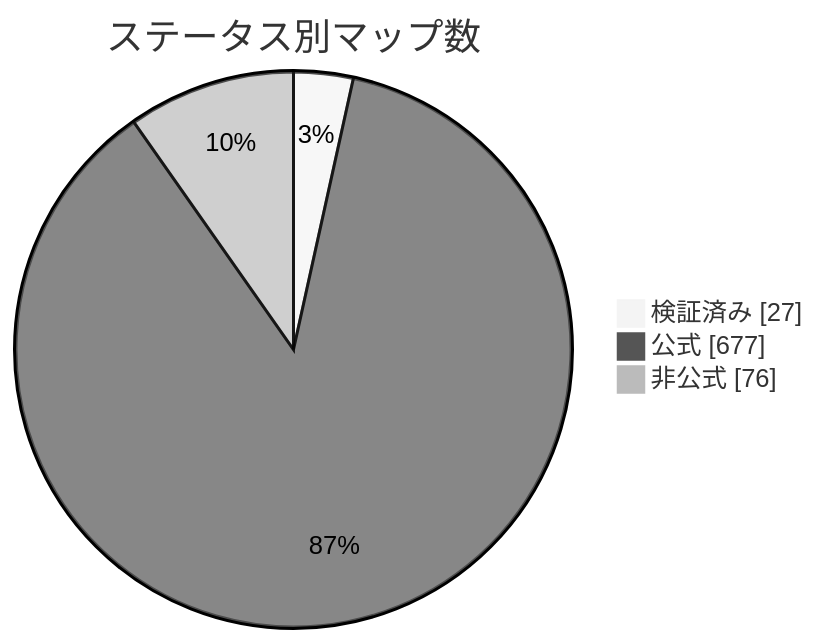
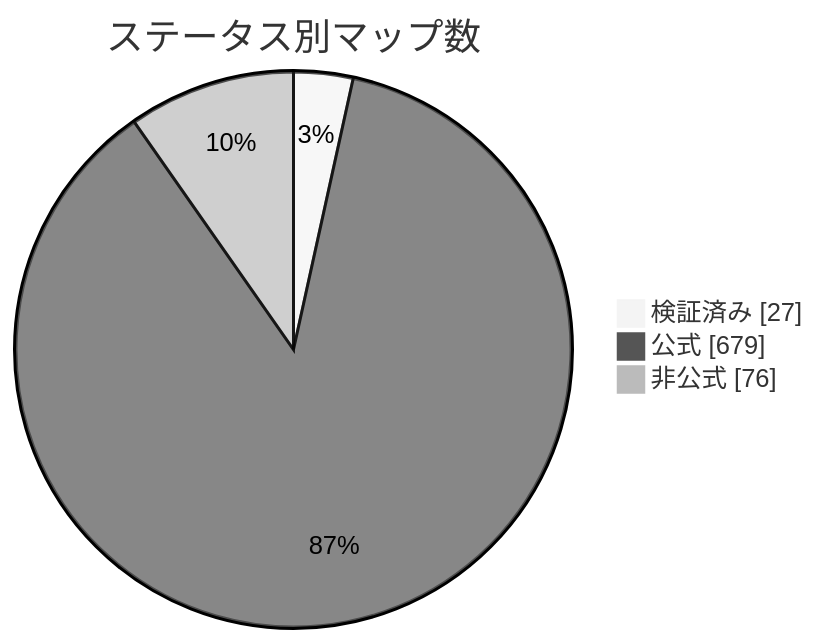
The diagram in docs/readme/README_JP.md (nobrega8/mbmap-library), drawn with Mermaid (neutral theme) before and after one commit. The commit also changed 7 other files, not shown here.

````diff
--- a/docs/readme/README_JP.md
+++ b/docs/readme/README_JP.md
@@ -54,7 +54,7 @@
 ```mermaid
 pie showData
     title ステータス別マップ数
     "検証済み" : 27
-    "公式" : 677
+    "公式" : 679
     "非公式" : 76
 ```
````
